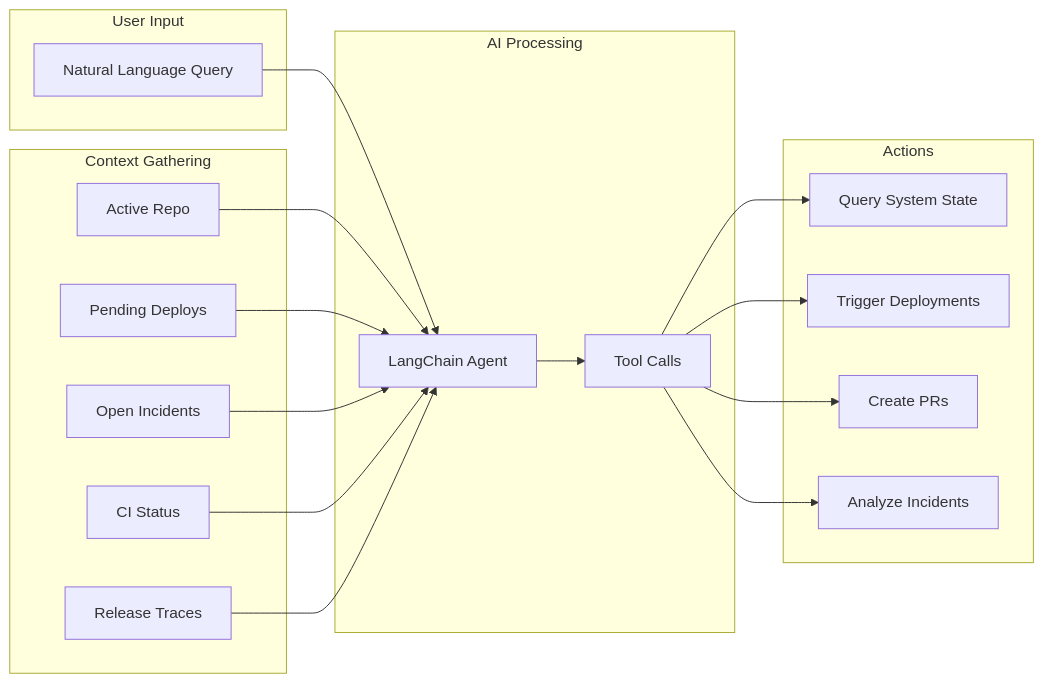
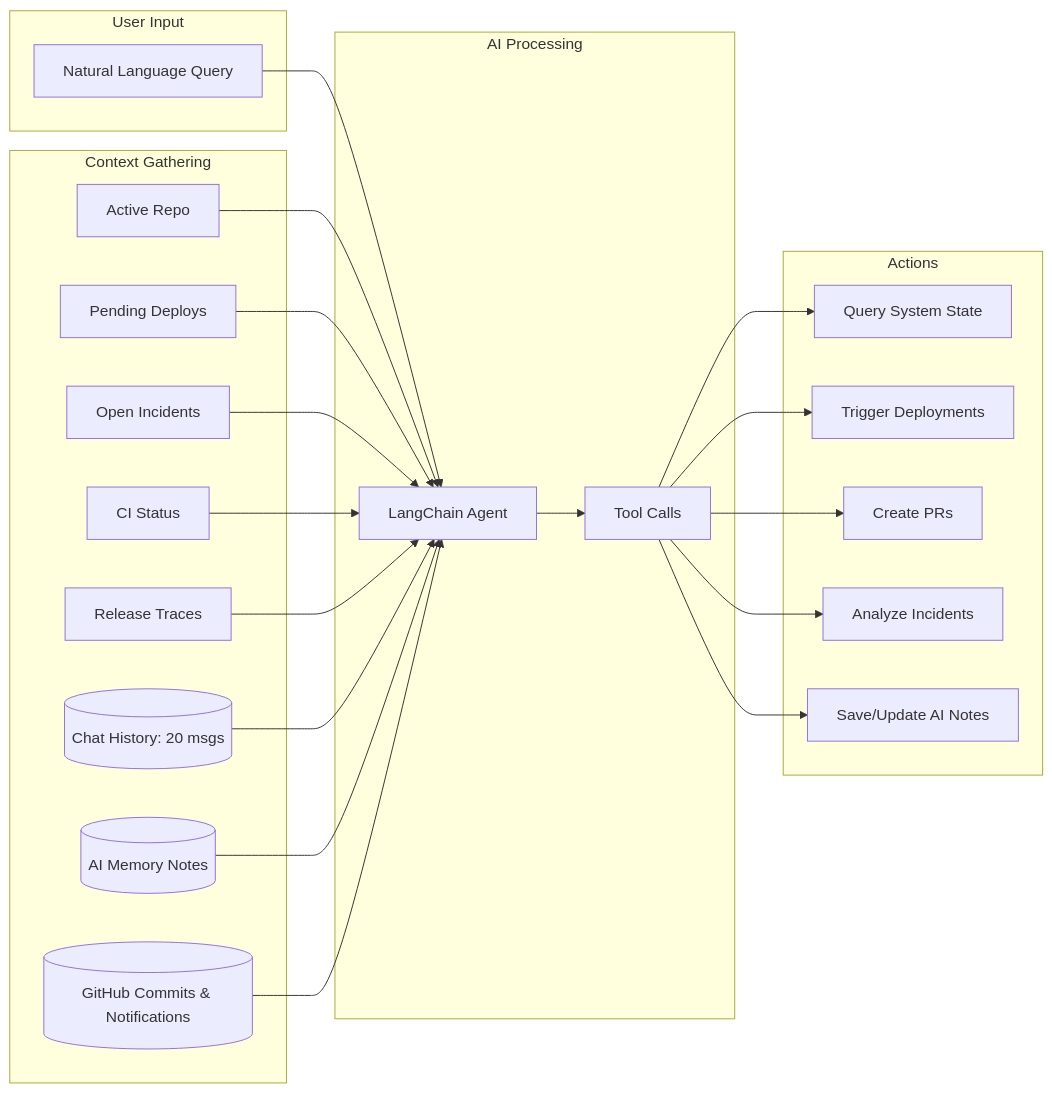
Before and after one commit to JeevantheDev/ShipBrain: the eighth of 19 diagrams in SHIPBRAIN_PRD_FINAL.md, drawn with Mermaid. The commit also changed other lines of this file and 1 other file, not shown here.

Commit message:
docs & test: update PRD diagrams with memory layer and fix orchestrator unit test

````diff
--- a/SHIPBRAIN_PRD_FINAL.md
+++ b/SHIPBRAIN_PRD_FINAL.md
@@ -363,38 +363,46 @@
 ```mermaid
 flowchart LR
     subgraph "User Input"
         A[Natural Language Query]
     end
 
     subgraph "Context Gathering"
         B[Active Repo]
         C[Pending Deploys]
         D[Open Incidents]
         E[CI Status]
         F[Release Traces]
+        M1[(Chat History: 20 msgs)]
+        M2[(AI Memory Notes)]
+        M3[(GitHub Commits & Notifications)]
     end
 
     subgraph "AI Processing"
         G[LangChain Agent]
         H[Tool Calls]
     end
 
     subgraph "Actions"
         I[Query System State]
         J[Trigger Deployments]
         K[Create PRs]
         L[Analyze Incidents]
+        M[Save/Update AI Notes]
     end
 
     A --> G
     B --> G
     C --> G
     D --> G
     E --> G
     F --> G
+    M1 --> G
+    M2 --> G
+    M3 --> G
     G --> H
     H --> I
     H --> J
     H --> K
     H --> L
+    H --> M
 ```
````
